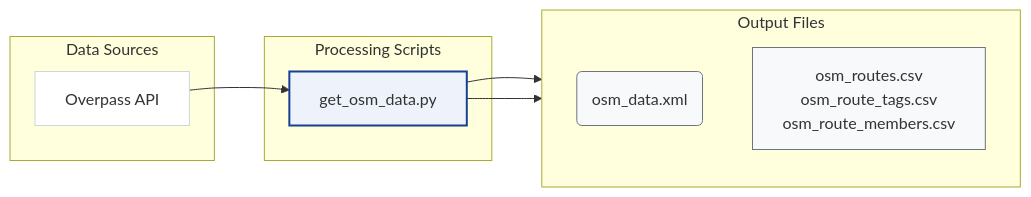
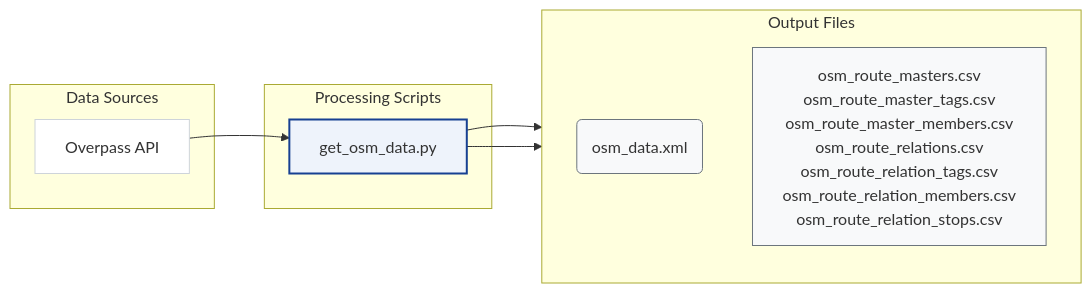
Before and after one commit to openTdataCH/stop_sync_osm_atlas: the second of 2 diagrams in documentation/1. Download and process data.md, drawn with Mermaid. The commit also changed other lines of this file and 59 other files, not shown here.

````diff
--- a/documentation/1. Download and process data.md
+++ b/documentation/1. Download and process data.md
@@ -49,26 +51,26 @@
 ```mermaid
 flowchart LR
     classDef plain fill:#fff,stroke:#ced4da,stroke-width:1px;
     classDef script fill:#eef3fb,stroke:#174092,stroke-width:2px;
     classDef file fill:#f8f9fa,stroke:#6c757d,stroke-width:1px;
 
     subgraph Sources ["Data Sources"]
         OV[Overpass API]:::plain
     end
 
     subgraph Scripts ["Processing Scripts"]
         SO[get_osm_data.py]:::script
     end
 
     subgraph Outputs ["Output Files"]
         direction TB
         PX(osm_data.xml):::file
-        PR["osm_routes.csv<br/>osm_route_tags.csv<br/>osm_route_members.csv"]:::file
+        PR["osm_route_masters.csv<br/>osm_route_master_tags.csv<br/>osm_route_master_members.csv<br/>osm_route_relations.csv<br/>osm_route_relation_tags.csv<br/>osm_route_relation_members.csv<br/>osm_route_relation_stops.csv"]:::file
     end
 
     Sources ~~~ Scripts ~~~ Outputs
 
     OV --> SO
     SO --> PX
     SO --> PR
 ```
````
